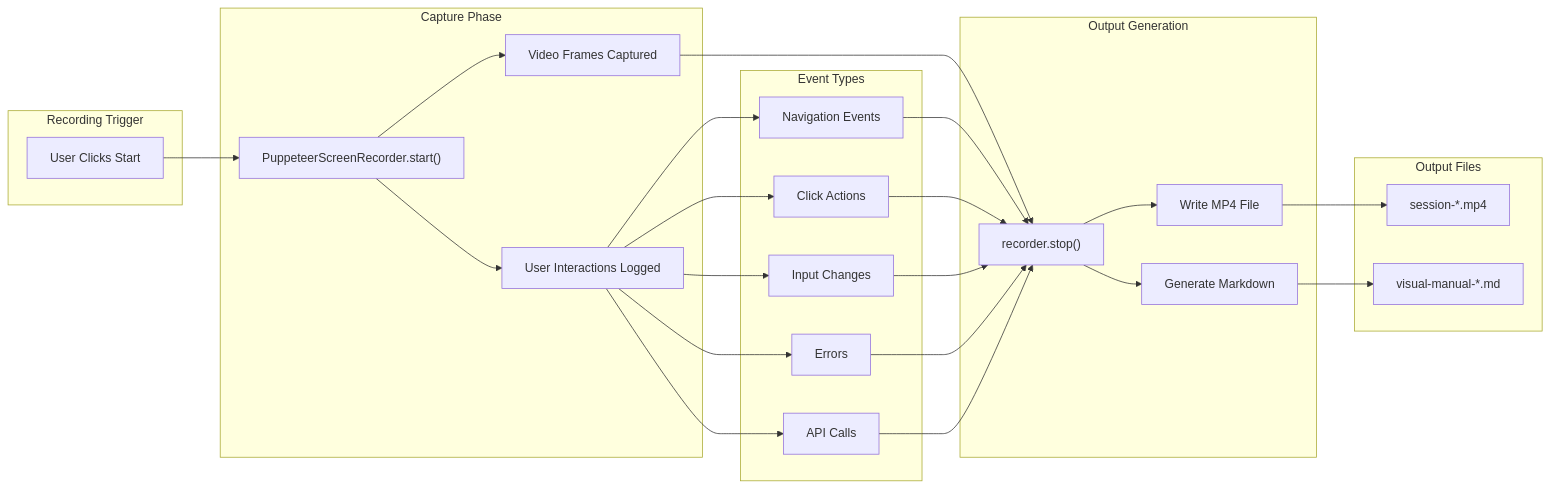
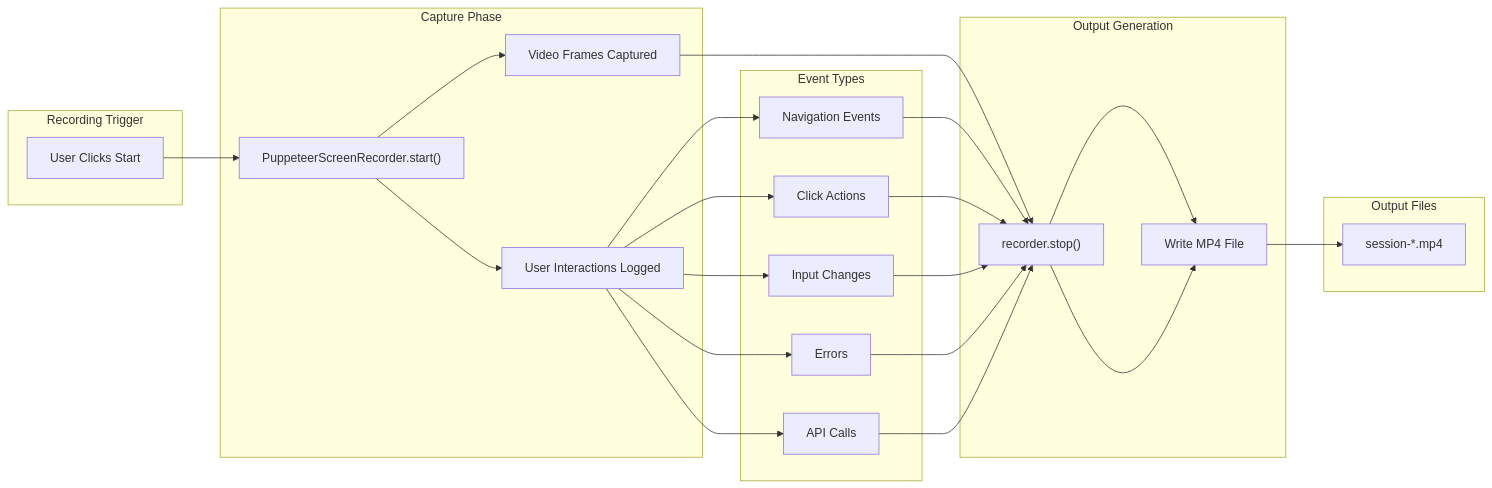
Before and after one commit to chirag-parmar16/atlas: the third of 7 diagrams in diagrams/07_system_flow_diagram.md, drawn with Mermaid. The commit also changed 18 other files, not shown here.

````diff
--- a/diagrams/07_system_flow_diagram.md
+++ b/diagrams/07_system_flow_diagram.md
@@ -106,54 +106,51 @@
 ```mermaid
 flowchart LR
     subgraph Trigger["Recording Trigger"]
         A["User Clicks Start"]
     end
     
     subgraph Capture["Capture Phase"]
         B["PuppeteerScreenRecorder.start()"]
         C["Video Frames Captured"]
         D["User Interactions Logged"]
     end
     
     subgraph Events["Event Types"]
         E1["Navigation Events"]
         E2["Click Actions"]
         E3["Input Changes"]
         E4["Errors"]
         E5["API Calls"]
     end
     
     subgraph Output["Output Generation"]
         F["recorder.stop()"]
         G["Write MP4 File"]
-        H["Generate Markdown"]
     end
     
     subgraph Files["Output Files"]
         I["session-*.mp4"]
-        J["visual-manual-*.md"]
     end
     
     A --> B
     B --> C
     B --> D
     
     D --> E1
     D --> E2
     D --> E3
     D --> E4
     D --> E5
     
     C --> F
     E1 --> F
     E2 --> F
     E3 --> F
     E4 --> F
     E5 --> F
     
     F --> G
-    F --> H
+    F --> G
     
     G --> I
-    H --> J
 ```
````
